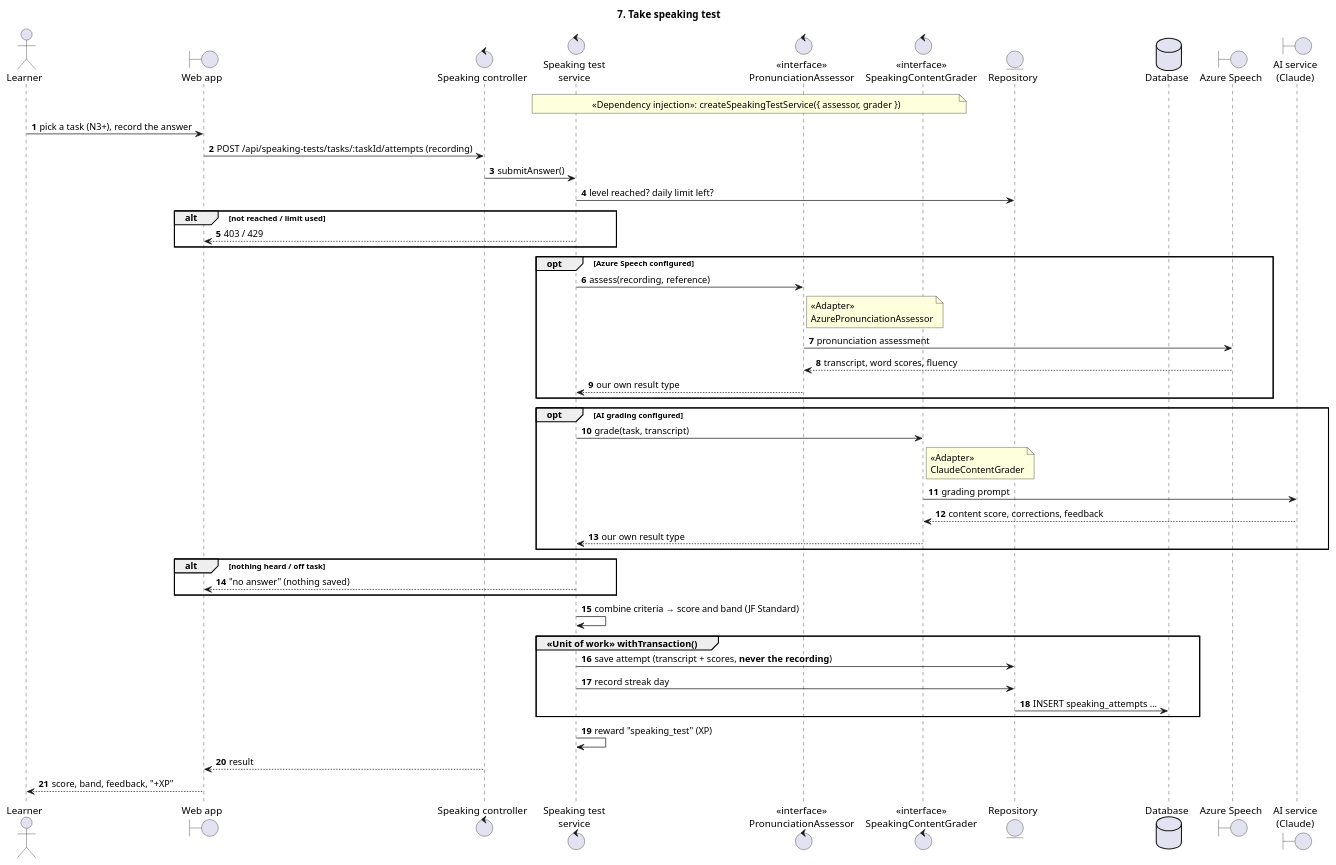
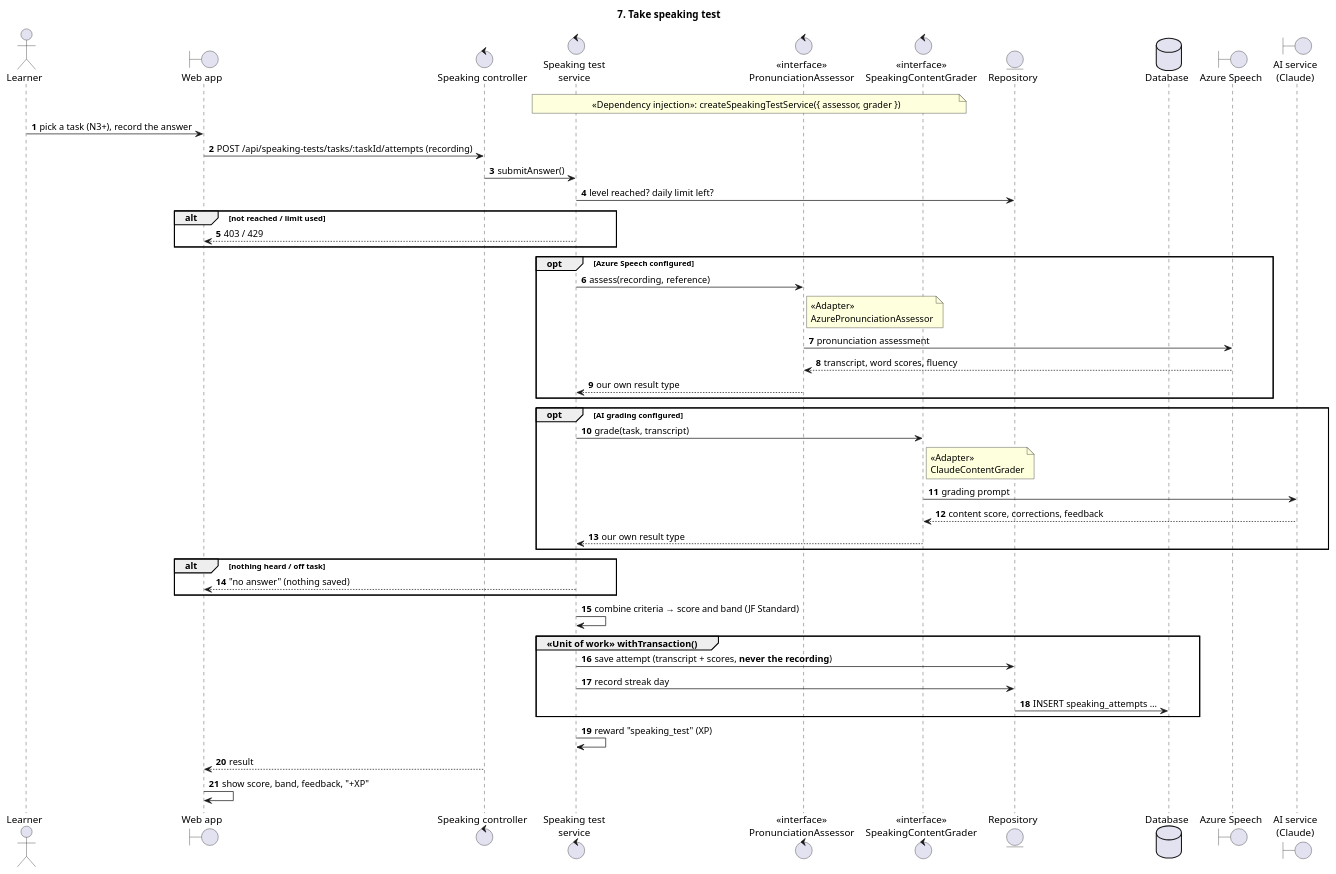
One commit to BLF2710/Nihongo-Training changed the diagram in Diagram/sequence/07-take-speaking-test.puml. Above: the diagram before and after it, drawn with PlantUML. The commit also changed 94 other files, not shown here.

```diff
--- a/Diagram/sequence/07-take-speaking-test.puml
+++ b/Diagram/sequence/07-take-speaking-test.puml
@@ -14,53 +14,53 @@
 @startuml 07 Take speaking test
 title 7. Take speaking test
 autonumber
 skinparam sequenceMessageAlign left
 skinparam responseMessageBelowArrow true
 
 actor Learner
 boundary "Web app" as Web
 control "Speaking controller" as Ctrl
 control "Speaking test\nservice" as Svc
 control "«interface»\nPronunciationAssessor" as Assessor
 control "«interface»\nSpeakingContentGrader" as Grader
 entity "Repository" as Repo
 database "Database" as DB
 boundary "Azure Speech" as Azure
 boundary "AI service\n(Claude)" as AI
 
 note over Svc, Grader : «Dependency injection»: createSpeakingTestService({ assessor, grader })
 
 Learner -> Web : pick a task (N3+), record the answer
 Web -> Ctrl : POST /api/speaking-tests/tasks/:taskId/attempts (recording)
 Ctrl -> Svc : submitAnswer()
 Svc -> Repo : level reached? daily limit left?
 alt not reached / limit used
   Svc --> Web : 403 / 429
 end
 opt Azure Speech configured
   Svc -> Assessor : assess(recording, reference)
   note right of Assessor : «Adapter»\nAzurePronunciationAssessor
   Assessor -> Azure : pronunciation assessment
   Azure --> Assessor : transcript, word scores, fluency
   Assessor --> Svc : our own result type
 end
 opt AI grading configured
   Svc -> Grader : grade(task, transcript)
   note right of Grader : «Adapter»\nClaudeContentGrader
   Grader -> AI : grading prompt
   AI --> Grader : content score, corrections, feedback
   Grader --> Svc : our own result type
 end
 alt nothing heard / off task
   Svc --> Web : "no answer" (nothing saved)
 end
 Svc -> Svc : combine criteria → score and band (JF Standard)
 group «Unit of work» withTransaction()
   Svc -> Repo : save attempt (transcript + scores, **never the recording**)
   Svc -> Repo : record streak day
   Repo -> DB : INSERT speaking_attempts …
 end
 Svc -> Svc : reward "speaking_test" (XP)
 Ctrl --> Web : result
-Web --> Learner : score, band, feedback, "+XP"
+Web -> Web : show score, band, feedback, "+XP"
 @enduml
```
